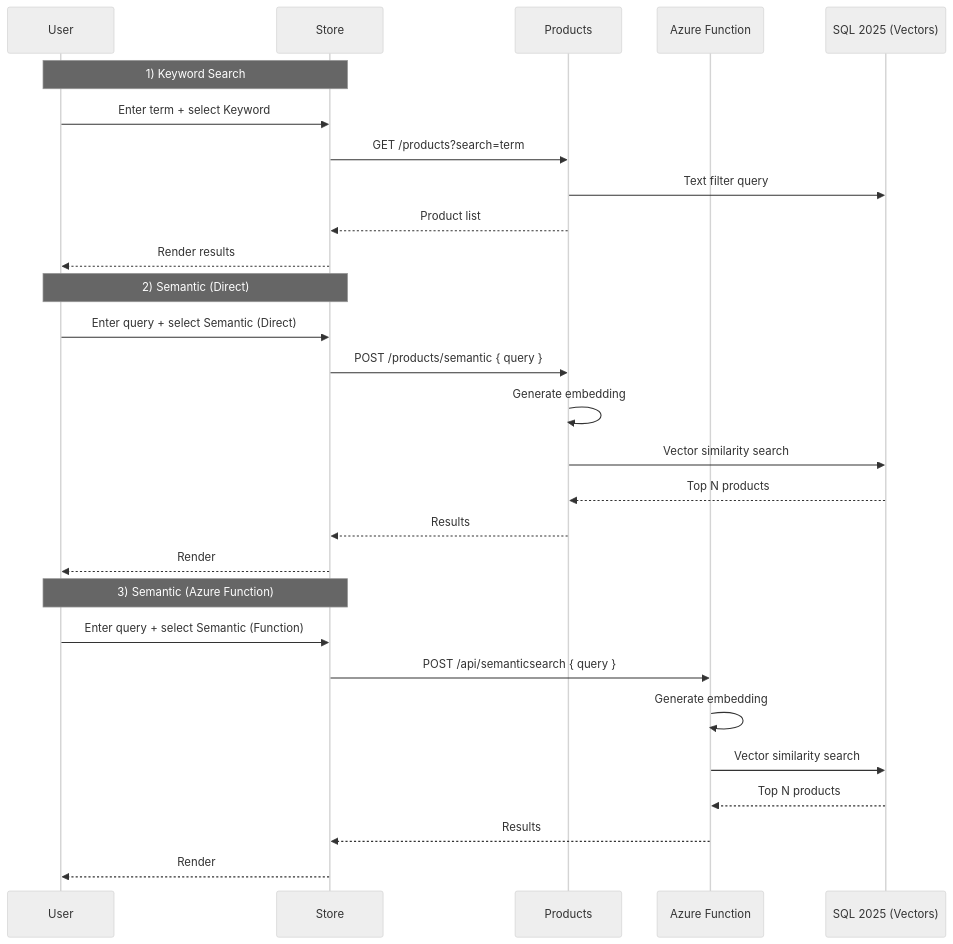
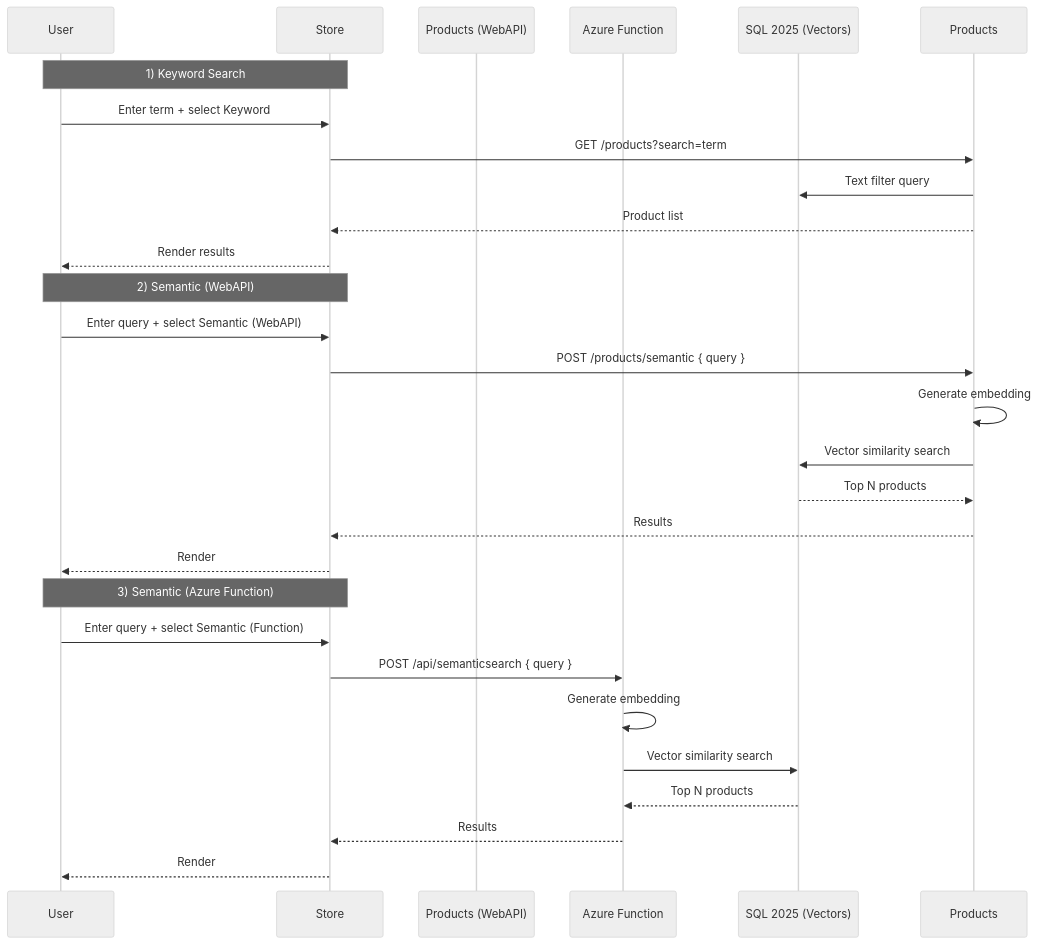
Before and after one commit to elbruno/a2aapiredemo: the second of 2 diagrams in README.md, drawn with Mermaid (neutral theme).

````diff
--- a/README.md
+++ b/README.md
@@ -67,33 +67,33 @@
 ```mermaid
 sequenceDiagram
      participant User
      participant Store
-     participant Products
+     participant Products (WebAPI)
      participant SemanticFn as Azure Function
      participant SQL as SQL 2025 (Vectors)
 
      Note over User,Store: 1) Keyword Search
      User->>Store: Enter term + select Keyword
      Store->>Products: GET /products?search=term
      Products->>SQL: Text filter query
      Products-->>Store: Product list
      Store-->>User: Render results
 
-     Note over User,Store: 2) Semantic (Direct)
-     User->>Store: Enter query + select Semantic (Direct)
+     Note over User,Store: 2) Semantic (WebAPI)
+     User->>Store: Enter query + select Semantic (WebAPI)
      Store->>Products: POST /products/semantic { query }
      Products->>Products: Generate embedding
      Products->>SQL: Vector similarity search
      SQL-->>Products: Top N products
      Products-->>Store: Results
      Store-->>User: Render
 
      Note over User,Store: 3) Semantic (Azure Function)
      User->>Store: Enter query + select Semantic (Function)
      Store->>SemanticFn: POST /api/semanticsearch { query }
      SemanticFn->>SemanticFn: Generate embedding
      SemanticFn->>SQL: Vector similarity search
      SQL-->>SemanticFn: Top N products
      SemanticFn-->>Store: Results
      Store-->>User: Render
 ```
````
